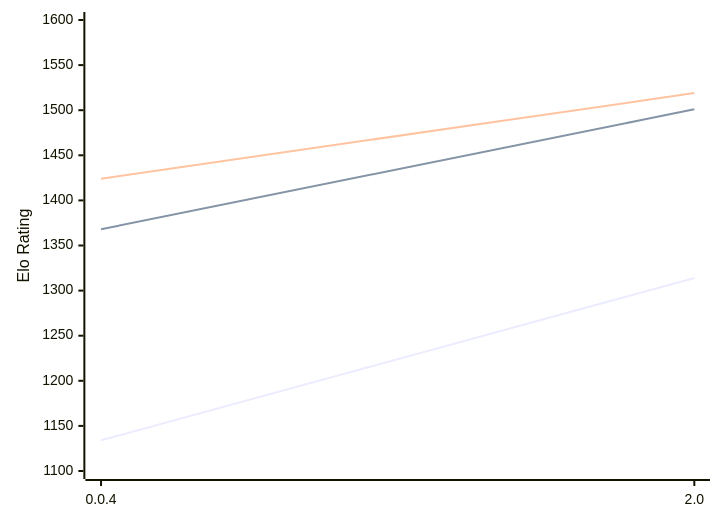
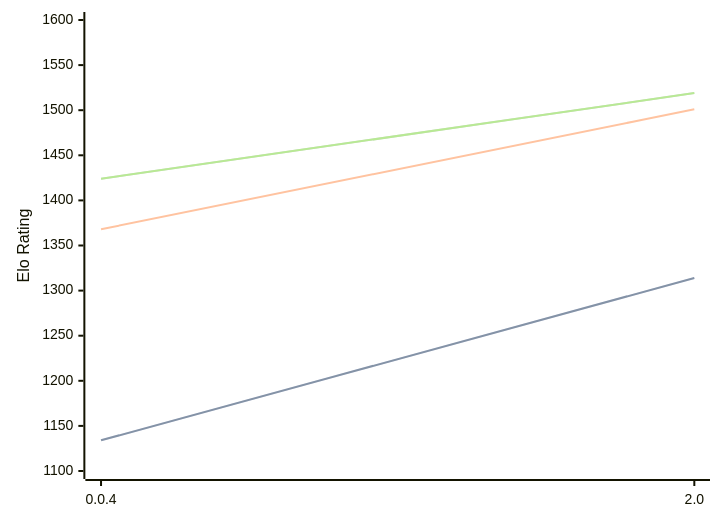
Before and after one commit to computer-chess-index/cci: the diagram in engines/Oops!Mate.md, drawn with Mermaid. The commit also changed other lines of this file, not shown here.

Commit message:
Update CCI Ratings (ELO VLTC) - 2026-02-13

````diff
--- a/engines/Oops!Mate.md
+++ b/engines/Oops!Mate.md
@@ -48,9 +48,11 @@
 ```mermaid
 %%{init: {"theme":"base","themeVariables":{"seriesColors:['#a3a3a3','#222221','#faa371']}}}%%
 xychart-beta
   x-axis ["0.0.4", "2.0"]
   y-axis "Elo Rating" 1100 --> 1600
   line "STC (8.0+0.08s)" [1134, 1314]
+  line "STC (8.0+0.08s)" [1134, 1314]
   line "LTC (60.0+0.60s)" [1368, 1501]
   line "VLTC (2m24s+1.12s)" [1424, 1519]
+  line "VLTC (2m24s+1.12s)" [1424, 1519]
 ```
````
